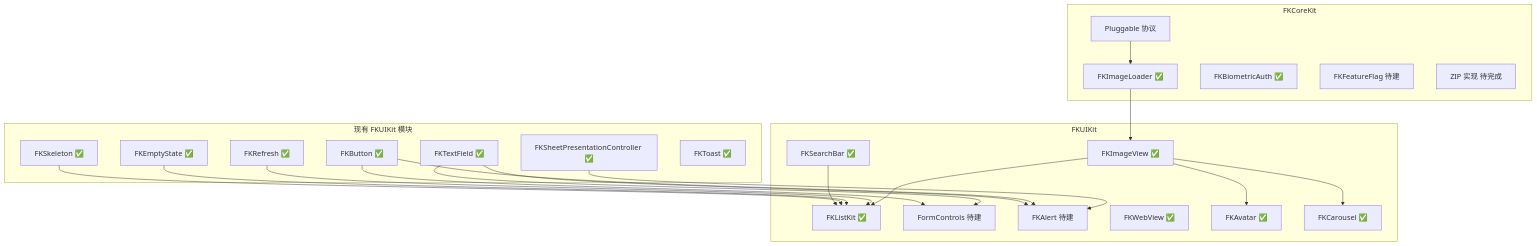
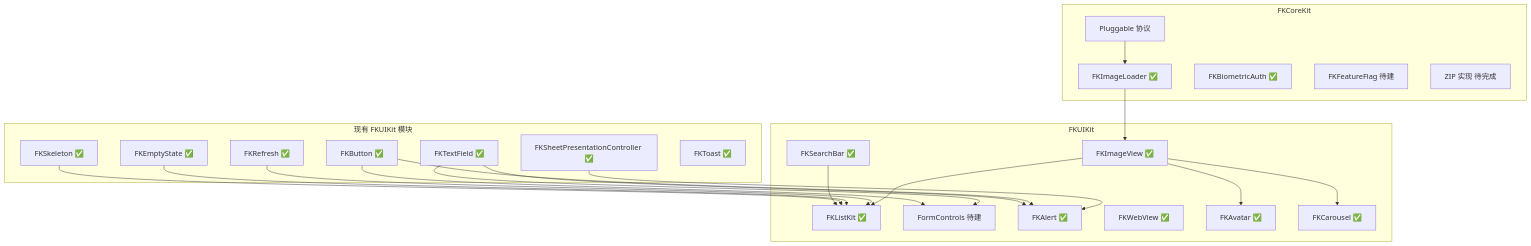
One commit to feng-zhang0712/FKKit changed the diagram in docs/COMPONENT_GAP_ANALYSIS.zh-CN.md. Above: the diagram before and after it, drawn with Mermaid. The commit also changed other lines of this file and 30 other files, not shown here.

First line of the commit message:
feat(Alert): finalize FKAlert v1 UX, API polish, and documentation

````diff
--- a/docs/COMPONENT_GAP_ANALYSIS.zh-CN.md
+++ b/docs/COMPONENT_GAP_ANALYSIS.zh-CN.md
@@ -477,49 +467,49 @@
 ```mermaid
 flowchart TB
   subgraph core [FKCoreKit]
     ImageLoader[FKImageLoader ✅]
     Biometric[FKBiometricAuth ✅]
     FeatureFlag[FKFeatureFlag 待建]
     ZIP[ZIP 实现 待完成]
     Pluggable[Pluggable 协议]
   end
 
   subgraph ui [FKUIKit]
     ImageView[FKImageView ✅]
     ListKit[FKListKit ✅]
     SearchBar[FKSearchBar ✅]
     FormControls[FormControls 待建]
-    Alert[FKAlert 待建]
+    Alert[FKAlert ✅]
     WebView[FKWebView ✅]
     Avatar[FKAvatar ✅]
     Carousel[FKCarousel ✅]
   end
 
   subgraph existing [现有 FKUIKit 模块]
     Refresh[FKRefresh ✅]
     EmptyState[FKEmptyState ✅]
     Skeleton[FKSkeleton ✅]
     Sheet[FKSheetPresentationController ✅]
     TextField[FKTextField ✅]
     Button[FKButton ✅]
     Toast[FKToast ✅]
   end
 
   Pluggable --> ImageLoader
   ImageLoader --> ImageView
   ImageView --> Avatar
   ImageView --> Carousel
   ImageView --> ListKit
 
   Refresh --> ListKit
   EmptyState --> ListKit
   Skeleton --> ListKit
   SearchBar --> ListKit
 
   Sheet --> Alert
   Button --> Alert
   TextField --> Alert
 
   TextField --> FormControls
   Button --> FormControls
 ```
````
